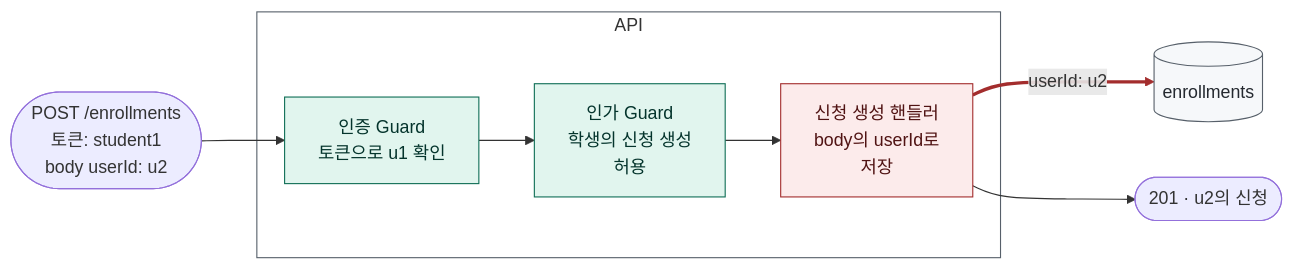
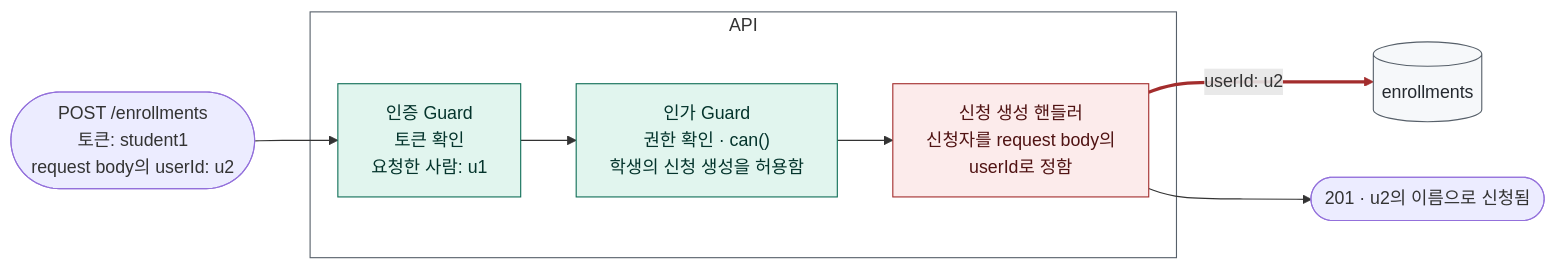
One commit to loquemedalagana/secure-enroll-demo changed the first of 4 diagrams in docs/diagnosis/defect-8.md. Above: the diagram before and after it, drawn with Mermaid. The commit also changed other lines of this file, not shown here.

Commit message:
docs: 결함 8 보고서 원인 그림과 조치 뒤 그림의 글자를 고침
'body'는 'request body'로, 'u2의 신청'은 기준 문서의 'u2의 이름으로 신청됨'으로 고쳤다.
핸들러 상자는 무엇을 저장하는지가 없던 'userId로 저장', '토큰의 사용자로 저장'을
'신청자를 request body의 userId로 정함', '신청자를 요청한 사람으로 정함'으로 고쳐
두 그림의 차이가 한 줄에서 보이게 했다.
Guard 상자에는 다른 보고서의 그림과 같이 '토큰 확인', '권한 확인 · can()'을 적었다.

````diff
--- a/docs/diagnosis/defect-8.md
+++ b/docs/diagnosis/defect-8.md
@@ -92,25 +92,25 @@
 ```mermaid
 flowchart LR
-  req(["POST /enrollments<br/>토큰: student1<br/>body userId: u2"])
+  req(["POST /enrollments<br/>토큰: student1<br/>request body의 userId: u2"])
 
   subgraph api["API"]
-    a["인증 Guard<br/>토큰으로 u1 확인"]
-    z["인가 Guard<br/>학생의 신청 생성<br/>허용"]
-    h["신청 생성 핸들러<br/>body의 userId로<br/>저장"]
+    a["인증 Guard<br/>토큰 확인<br/>요청한 사람: u1"]
+    z["인가 Guard<br/>권한 확인 · can()<br/>학생의 신청 생성을 허용함"]
+    h["신청 생성 핸들러<br/>신청자를 request body의<br/>userId로 정함"]
   end
 
   db[("enrollments")]
 
   req --> a --> z --> h
   h == "userId: u2" ==> db
-  h --> res(["201 · u2의 신청"])
+  h --> res(["201 · u2의 이름으로 신청됨"])
 
   classDef safe fill:#E1F5EE,stroke:#0F6E56,color:#04342C
   classDef danger fill:#FCEBEB,stroke:#A32D2D,color:#501313
   classDef neutral fill:#f6f8fa,stroke:#57606a,color:#24292f
   class a,z safe
   class h danger
   class db neutral
   style api fill:none,stroke:#57606a
   linkStyle 3 stroke:#A32D2D,stroke-width:3px
 ```
````
